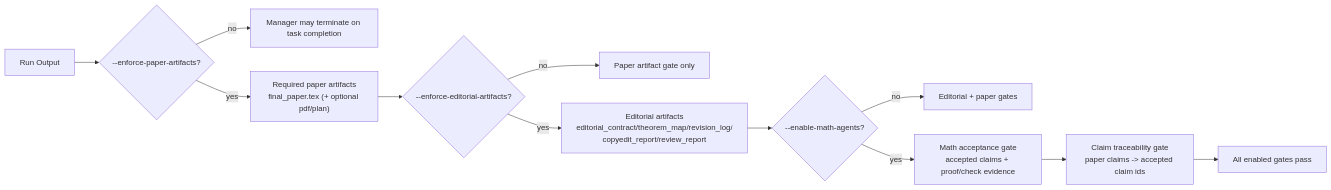
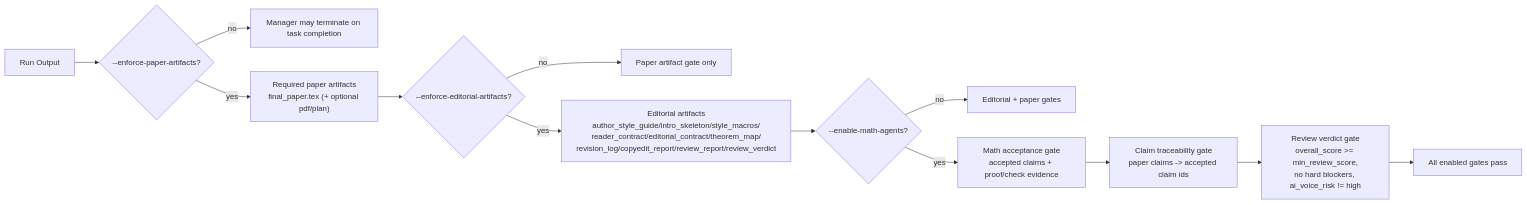
The second of 2 diagrams in README.md (andreb999999/pAI-physics), drawn with Mermaid before and after one commit. The commit also changed other lines of this file and 8 other files, not shown here.

````diff
--- a/README.md
+++ b/README.md
@@ -38,15 +40,16 @@
 ```mermaid
 flowchart LR
     A["Run Output"] --> G1{"--enforce-paper-artifacts?"}
     G1 -- "no" --> END1["Manager may terminate on task completion"]
     G1 -- "yes" --> PA["Required paper artifacts<br/>final_paper.tex (+ optional pdf/plan)"]
     PA --> G2{"--enforce-editorial-artifacts?"}
     G2 -- "no" --> END2["Paper artifact gate only"]
-    G2 -- "yes" --> EA["Editorial artifacts<br/>editorial_contract/theorem_map/revision_log/<br/>copyedit_report/review_report"]
+    G2 -- "yes" --> EA["Editorial artifacts<br/>author_style_guide/intro_skeleton/style_macros/<br/>reader_contract/editorial_contract/theorem_map/<br/>revision_log/copyedit_report/review_report/review_verdict"]
 
     EA --> G3{"--enable-math-agents?"}
     G3 -- "no" --> END3["Editorial + paper gates"]
     G3 -- "yes" --> MA["Math acceptance gate<br/>accepted claims + proof/check evidence"]
     MA --> CT["Claim traceability gate<br/>paper claims -> accepted claim ids"]
-    CT --> END4["All enabled gates pass"]
+    CT --> RV["Review verdict gate<br/>overall_score >= min_review_score,<br/>no hard blockers, ai_voice_risk != high"]
+    RV --> END4["All enabled gates pass"]
 ```
````
